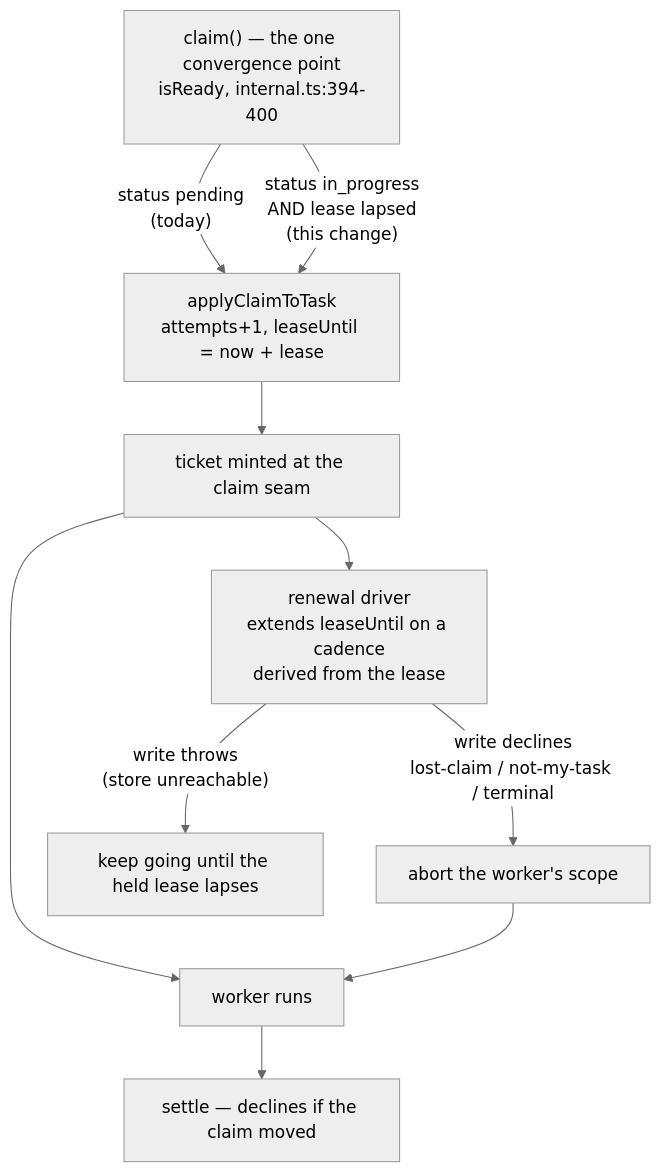
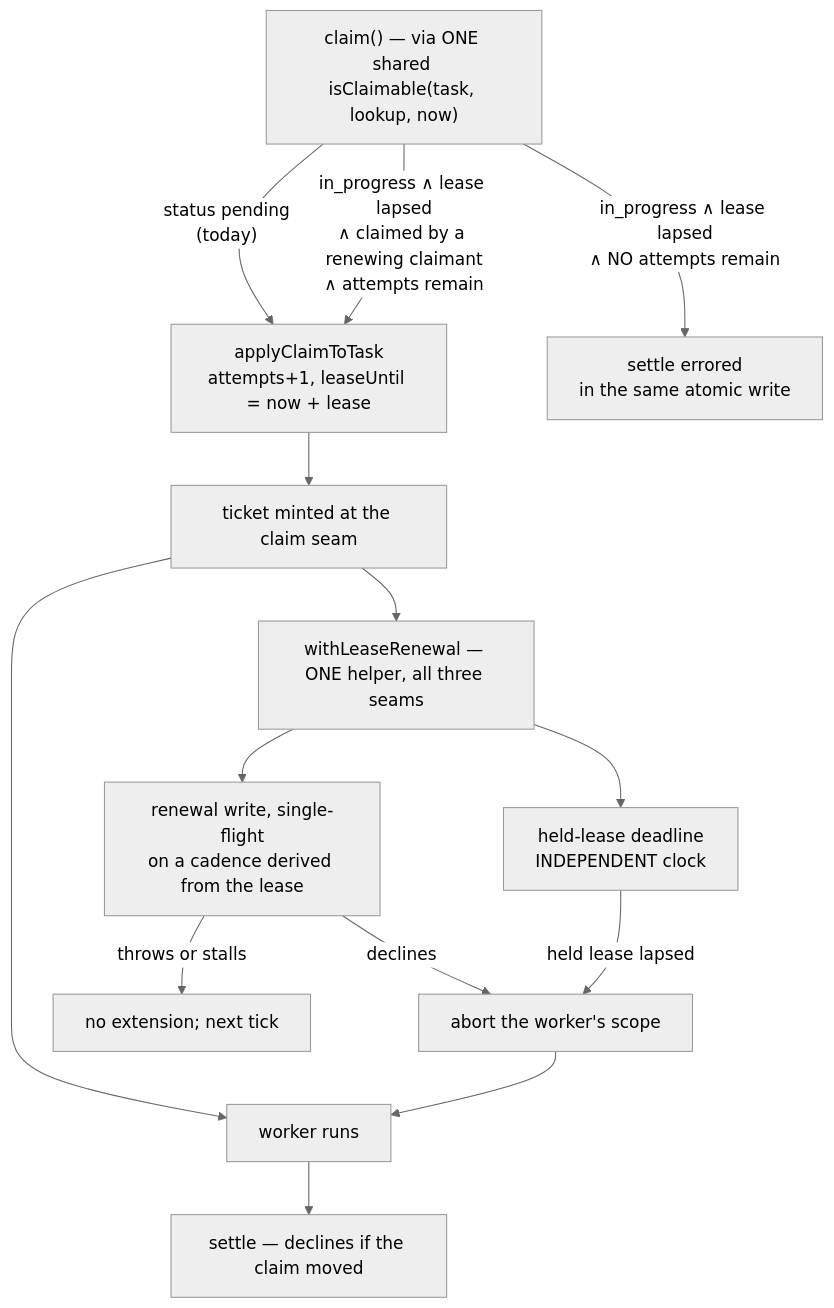
Before and after one commit to fixpoint-labs/flow-state-dev: the diagram in spec/FIX-1005.md, drawn with Mermaid (neutral theme). The commit also changed other lines of this file, not shown here.

````diff
--- a/spec/FIX-1005.md
+++ b/spec/FIX-1005.md
@@ -192,13 +248,17 @@
 ```mermaid
 flowchart TD
-  C["claim() — the one convergence point<br/>isReady, internal.ts:394-400"]
+  C["claim() — via ONE shared isClaimable(task, lookup, now)"]
   C -->|"status pending<br/>(today)"| K["applyClaimToTask<br/>attempts+1, leaseUntil = now + lease"]
-  C -->|"status in_progress<br/>AND lease lapsed<br/>(this change)"| K
+  C -->|"in_progress ∧ lease lapsed<br/>∧ claimed by a renewing claimant<br/>∧ attempts remain"| K
+  C -->|"in_progress ∧ lease lapsed<br/>∧ NO attempts remain"| X["settle errored<br/>in the same atomic write"]
   K --> T["ticket minted at the claim seam"]
-  T --> R["renewal driver<br/>extends leaseUntil on a cadence<br/>derived from the lease"]
   T --> W["worker runs"]
-  R -->|"write declines<br/>lost-claim / not-my-task / terminal"| A["abort the worker's scope"]
-  R -->|"write throws<br/>(store unreachable)"| U["keep going until the held lease lapses"]
+  T --> D["withLeaseRenewal — ONE helper, all three seams"]
+  D --> R["renewal write, single-flight<br/>on a cadence derived from the lease"]
+  D --> L["held-lease deadline<br/>INDEPENDENT clock"]
+  R -->|"declines"| A["abort the worker's scope"]
+  R -->|"throws or stalls"| N["no extension; next tick"]
+  L -->|"held lease lapsed"| A
   A --> W
   W --> S["settle — declines if the claim moved"]
 ```
````
